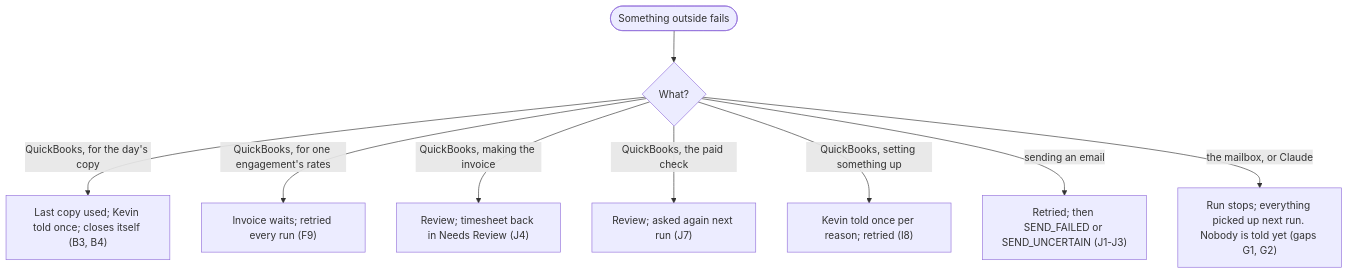
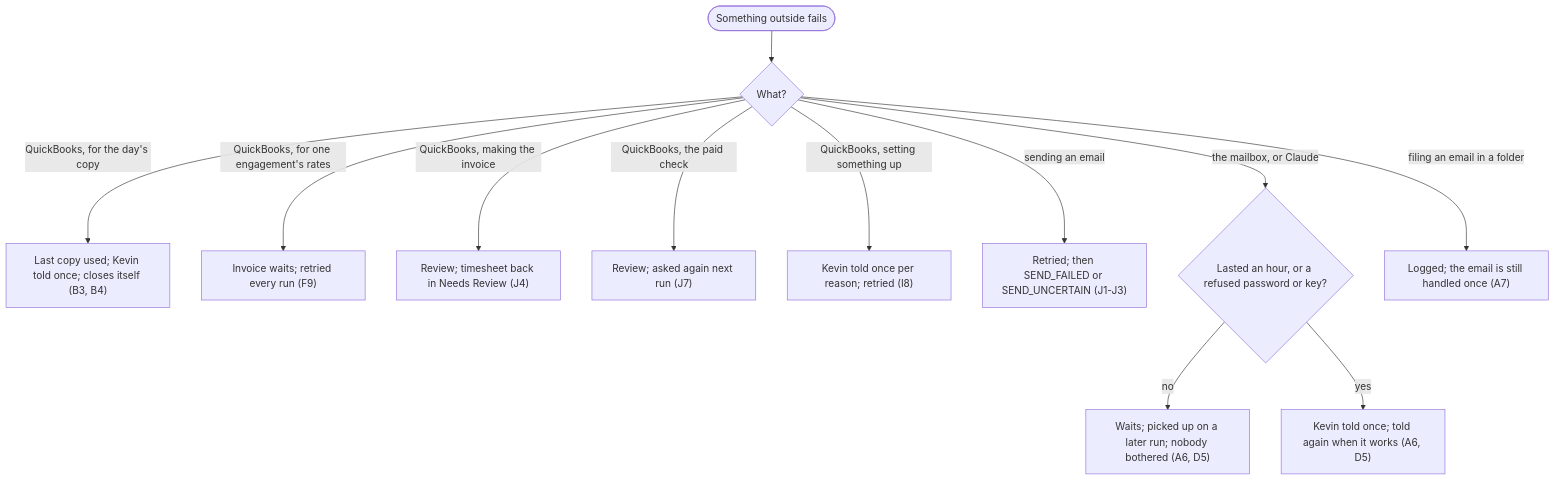
Before and after one commit to ARathie/finance-ops-agent: the seventh of 7 diagrams in docs/how-it-works.md, drawn with Mermaid. The commit also changed other lines of this file and 22 other files, not shown here.

````diff
--- a/docs/how-it-works.md
+++ b/docs/how-it-works.md
@@ -279,11 +279,14 @@
 ```mermaid
 flowchart TD
     f(["Something outside fails"]) --> which{"What?"}
     which -- "QuickBooks, for the day's copy" --> f1["Last copy used; Kevin told once; closes itself (B3, B4)"]
     which -- "QuickBooks, for one engagement's rates" --> f2["Invoice waits; retried every run (F9)"]
     which -- "QuickBooks, making the invoice" --> f3["Review; timesheet back in Needs Review (J4)"]
     which -- "QuickBooks, the paid check" --> f4["Review; asked again next run (J7)"]
     which -- "QuickBooks, setting something up" --> f5["Kevin told once per reason; retried (I8)"]
     which -- "sending an email" --> f6["Retried; then SEND_FAILED or SEND_UNCERTAIN (J1-J3)"]
-    which -- "the mailbox, or Claude" --> f7["Run stops; everything picked up next run. Nobody is told yet (gaps G1, G2)"]
+    which -- "the mailbox, or Claude" --> f7{"Lasted an hour, or a refused password or key?"}
+    f7 -- "no" --> f8["Waits; picked up on a later run; nobody bothered (A6, D5)"]
+    f7 -- "yes" --> f9["Kevin told once; told again when it works (A6, D5)"]
+    which -- "filing an email in a folder" --> f10["Logged; the email is still handled once (A7)"]
 ```
````
